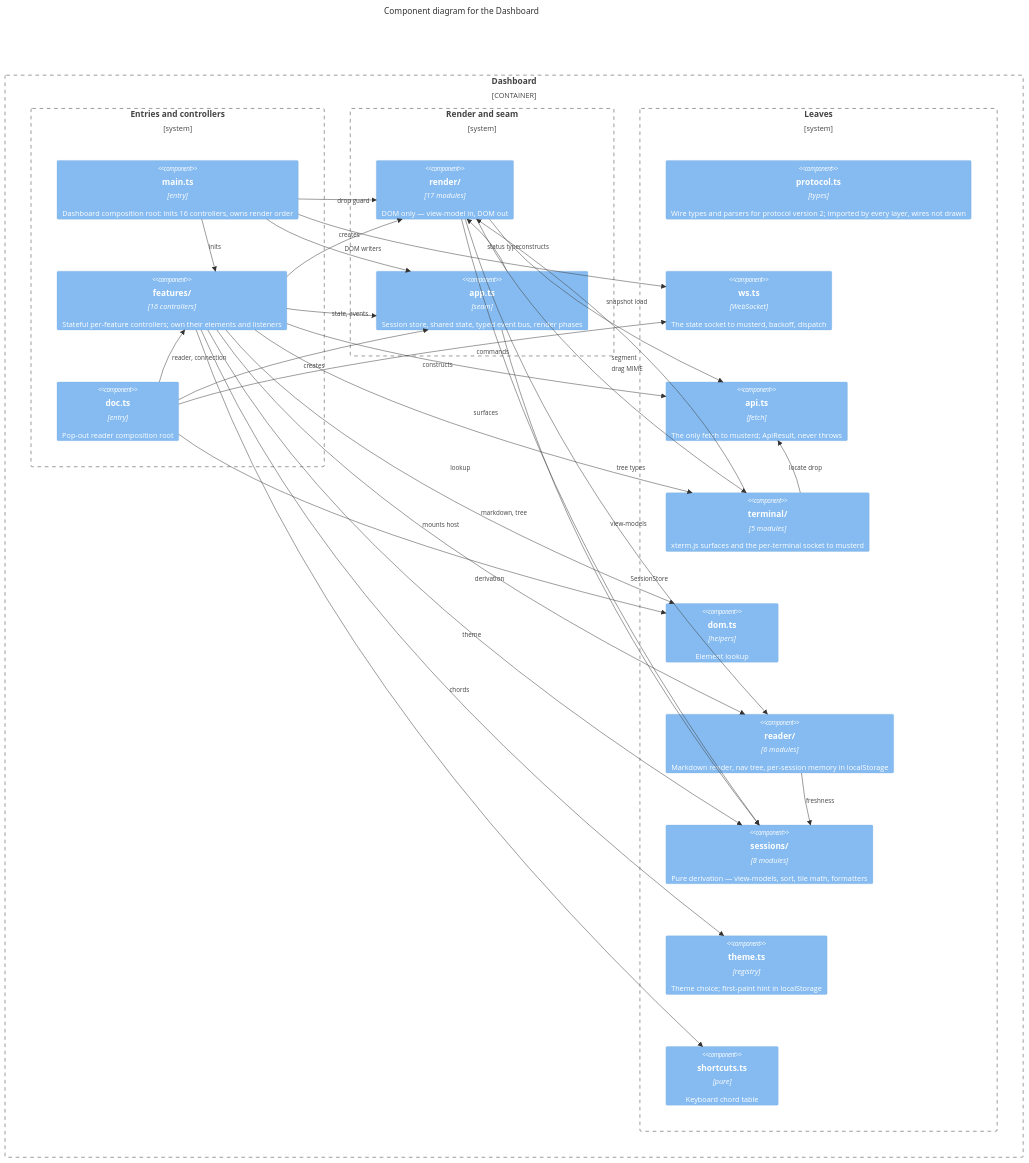
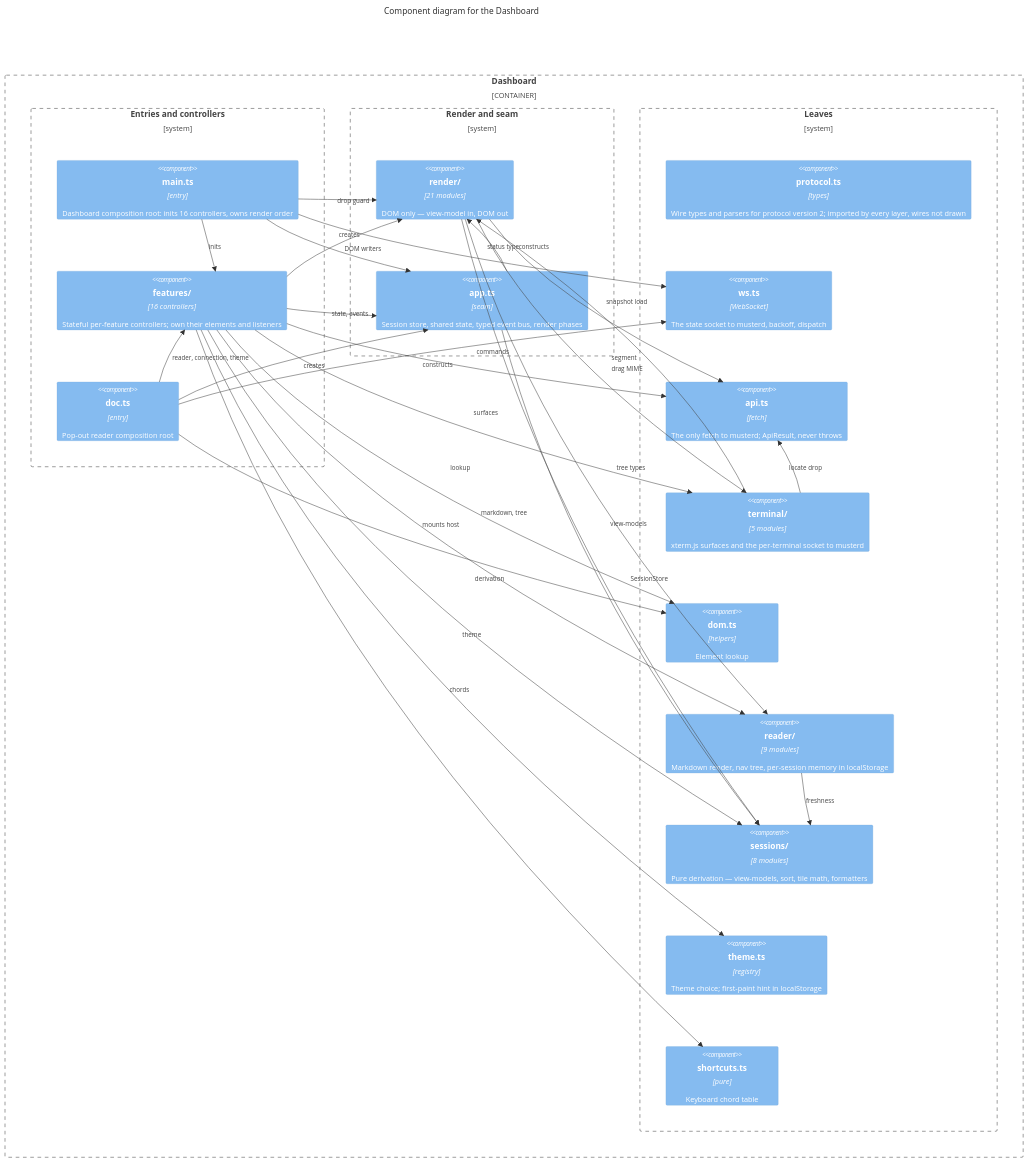
The diagram in docs/diagrams/web-components.md (Zalaras/muster), drawn with Mermaid before and after one commit. The commit also changed 110 other files, not shown here.

First line of the commit message:
fix: dashboard focus restore, pop-out connection and theme, daemon shutdown

````diff
--- a/docs/diagrams/web-components.md
+++ b/docs/diagrams/web-components.md
@@ -33,63 +33,63 @@
 ```mermaid
 C4Component
     title Component diagram for the Dashboard
 
     Container_Boundary(dashboard, "Dashboard") {
         Boundary(ctl, "Entries and controllers") {
             Component(main, "main.ts", "entry", "Dashboard composition root: inits 16 controllers, owns render order")
             Component(features, "features/", "16 controllers", "Stateful per-feature controllers; own their elements and listeners")
             Component(doc, "doc.ts", "entry", "Pop-out reader composition root")
         }
         Boundary(rnd, "Render and seam") {
-            Component(render, "render/", "17 modules", "DOM only — view-model in, DOM out")
+            Component(render, "render/", "21 modules", "DOM only — view-model in, DOM out")
             Component(app, "app.ts", "seam", "Session store, shared state, typed event bus, render phases")
         }
         Boundary(leaves, "Leaves") {
             Component(protocol, "protocol.ts", "types", "Wire types and parsers for protocol version 2; imported by every layer, wires not drawn")
             Component(ws, "ws.ts", "WebSocket", "The state socket to musterd, backoff, dispatch")
             Component(api, "api.ts", "fetch", "The only fetch to musterd; ApiResult, never throws")
             Component(terminal, "terminal/", "5 modules", "xterm.js surfaces and the per-terminal socket to musterd")
             Component(dom, "dom.ts", "helpers", "Element lookup")
-            Component(reader, "reader/", "6 modules", "Markdown render, nav tree, per-session memory in localStorage")
+            Component(reader, "reader/", "9 modules", "Markdown render, nav tree, per-session memory in localStorage")
             Component(sessions, "sessions/", "8 modules", "Pure derivation — view-models, sort, tile math, formatters")
             Component(theme, "theme.ts", "registry", "Theme choice; first-paint hint in localStorage")
             Component(shortcuts, "shortcuts.ts", "pure", "Keyboard chord table")
         }
     }
 
     Rel(main, features, "inits")
     Rel(main, ws, "constructs")
     Rel(main, app, "creates")
     Rel(main, render, "drop guard")
-    Rel(doc, features, "reader, connection")
+    Rel(doc, features, "reader, connection, theme")
     Rel(doc, ws, "constructs")
     Rel(doc, dom, "mounts host")
     Rel(doc, app, "creates")
 
     Rel(features, render, "DOM writers")
     Rel(features, api, "commands")
     Rel(features, terminal, "surfaces")
     Rel(features, reader, "markdown, tree")
     Rel(features, sessions, "derivation")
     Rel(features, app, "state, events")
     Rel(features, dom, "lookup")
     Rel(features, theme, "theme")
     Rel(features, shortcuts, "chords")
 
     Rel(render, api, "snapshot load")
     Rel(render, terminal, "segment")
     Rel(render, reader, "tree types")
     Rel(render, sessions, "view-models")
     Rel(terminal, api, "locate drop")
     Rel(terminal, render, "drag MIME")
     Rel(reader, sessions, "freshness")
     Rel(app, sessions, "SessionStore")
     Rel(app, render, "status type")
 
     UpdateRelStyle(main, app, $offsetY="-22")
     UpdateRelStyle(main, ws, $offsetX="70", $offsetY="-10")
     UpdateRelStyle(features, reader, $offsetY="-20")
     UpdateRelStyle(terminal, render, $offsetY="22")
     UpdateRelStyle(features, api, $offsetY="-18")
     UpdateLayoutConfig($c4ShapeInRow="1", $c4BoundaryInRow="3")
 ```
````
